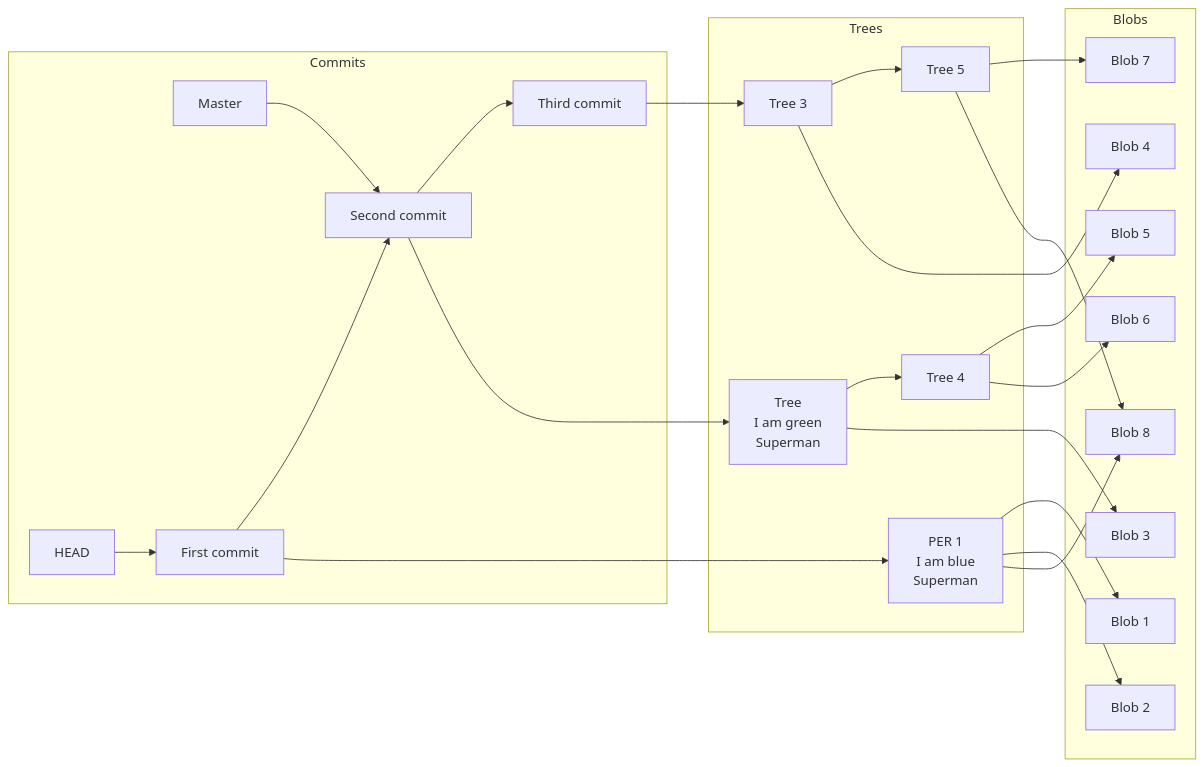
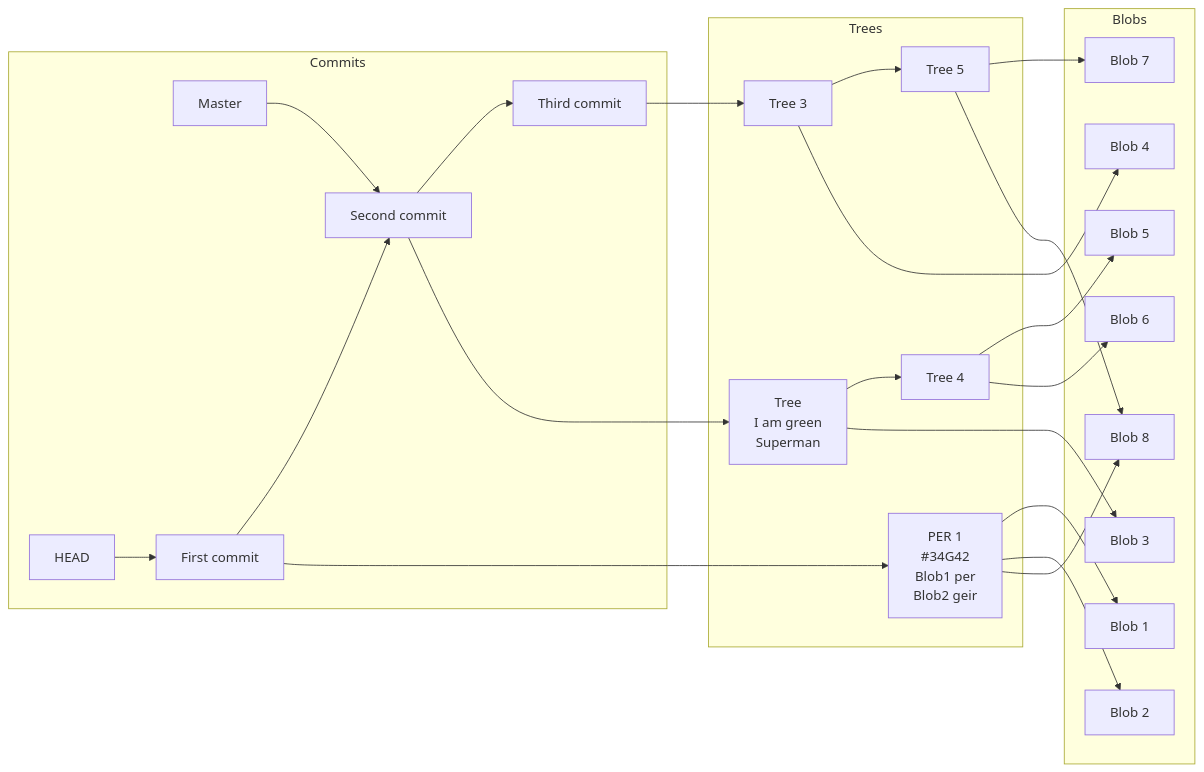
The diagram in test.md (troflog/git_blob_graph), drawn with Mermaid before and after one commit.

````diff
--- a/test.md
+++ b/test.md
@@ -1,38 +1,38 @@
 ```mermaid
 
 graph LR
 
 H[HEAD]
 M[Master]
 
-T1[PER 1<br>I am blue<br>Superman]
+T1[PER 1<br>#34G42<br>Blob1 per <br>Blob2 geir]
 
 T2[Tree <br>I am green<br>Superman]
 
 subgraph Commits
 H --> A
 M --> B
 A[First commit] --> B[Second commit]
 B --> C[Third commit]
 end
 subgraph Trees
 A --> T1
 B --> T2
 C --> T3[Tree 3]
 T2 --> T4[Tree 4]
 T3 --> T5[Tree 5]
 end
 subgraph Blobs
 T1 --> B1[Blob 1]
 T1 --> B2[Blob 2]
 T2 --> B3[Blob 3]
 T4 --> B5[Blob 5]
 T4 --> B6[Blob 6]
 T3 --> B4[Blob 4]
 T5 --> B7[Blob 7]
 T1 --> B8[Blob 8]
 T5 --> B8[Blob 8]
 end
 
 
 ```
````
